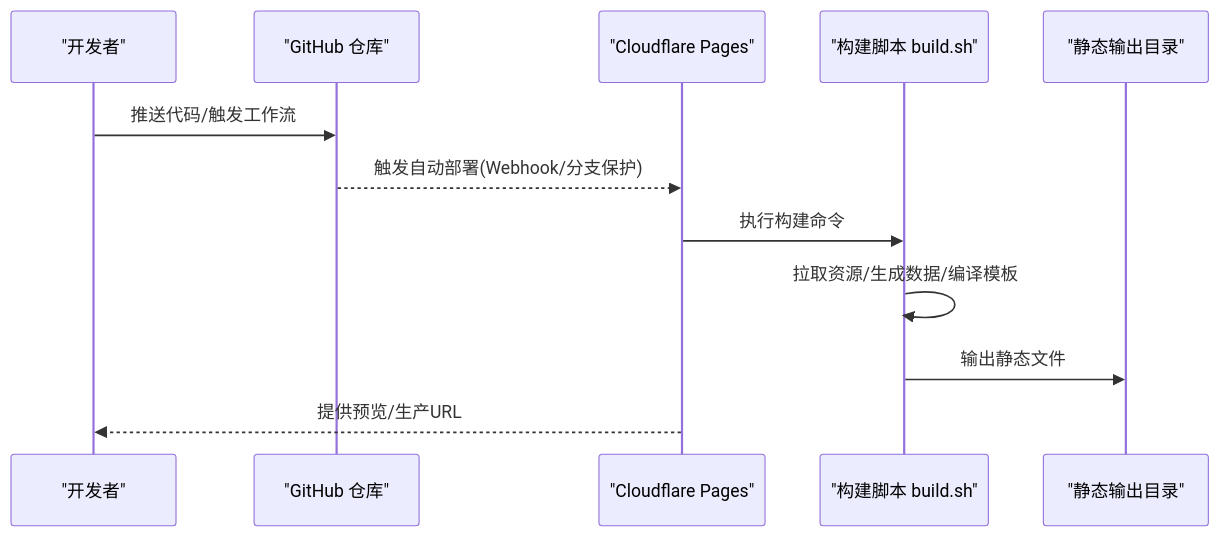
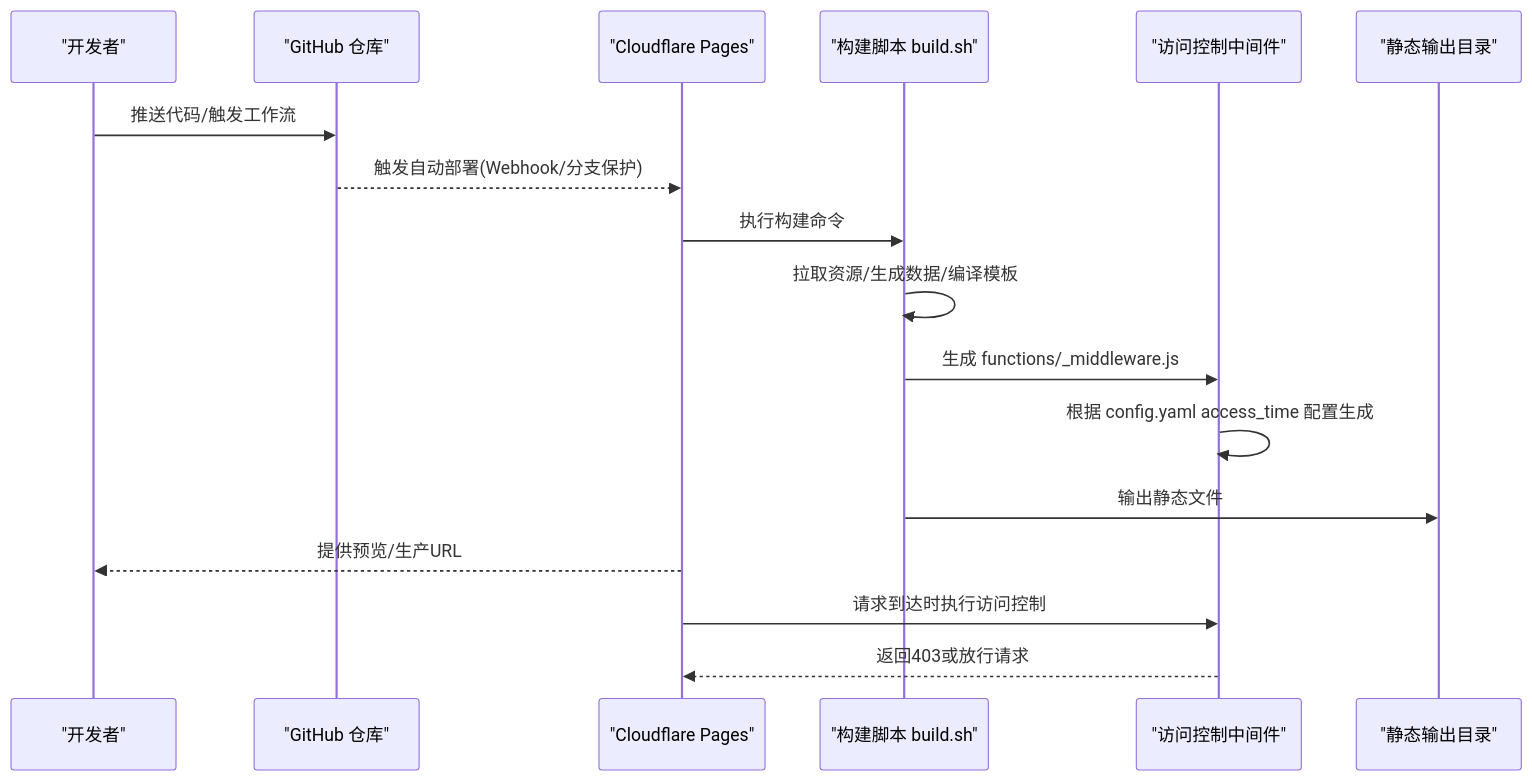
One commit to zhao-zg/cx changed the second of 4 diagrams in .qoder/repowiki/zh/content/部署发布/Web部署.md. Above: the diagram before and after it, drawn with Mermaid. The commit also changed other lines of this file and 36 other files, not shown here.

````diff
--- a/.qoder/repowiki/zh/content/部署发布/Web部署.md
+++ b/.qoder/repowiki/zh/content/部署发布/Web部署.md
@@ -95,14 +112,19 @@
 ```mermaid
 sequenceDiagram
 participant Dev as "开发者"
 participant GH as "GitHub 仓库"
 participant CF as "Cloudflare Pages"
 participant Build as "构建脚本 build.sh"
+participant MW as "访问控制中间件"
 participant Out as "静态输出目录"
 Dev->>GH : 推送代码/触发工作流
 GH-->>CF : 触发自动部署(Webhook/分支保护)
 CF->>Build : 执行构建命令
 Build->>Build : 拉取资源/生成数据/编译模板
+Build->>MW : 生成 functions/_middleware.js
+MW->>MW : 根据 config.yaml access_time 配置生成
 Build->>Out : 输出静态文件
 CF-->>Dev : 提供预览/生产URL
+CF->>MW : 请求到达时执行访问控制
+MW-->>CF : 返回403或放行请求
 ```
````
